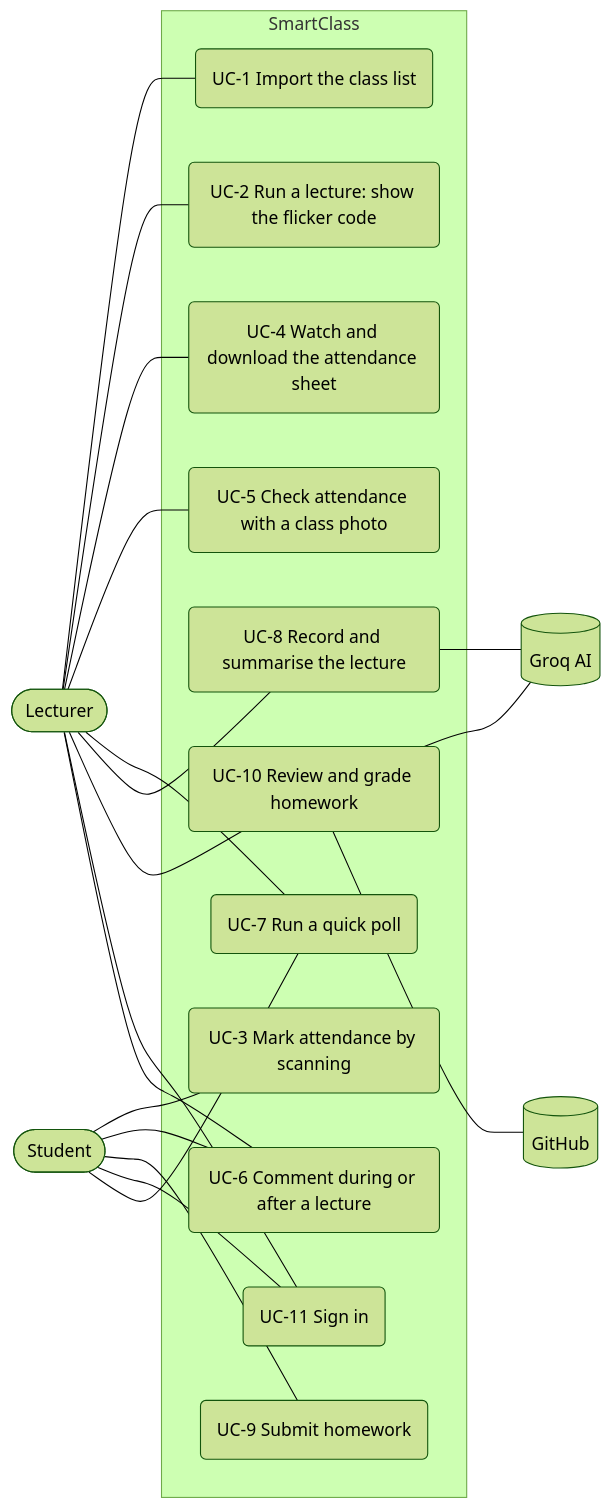
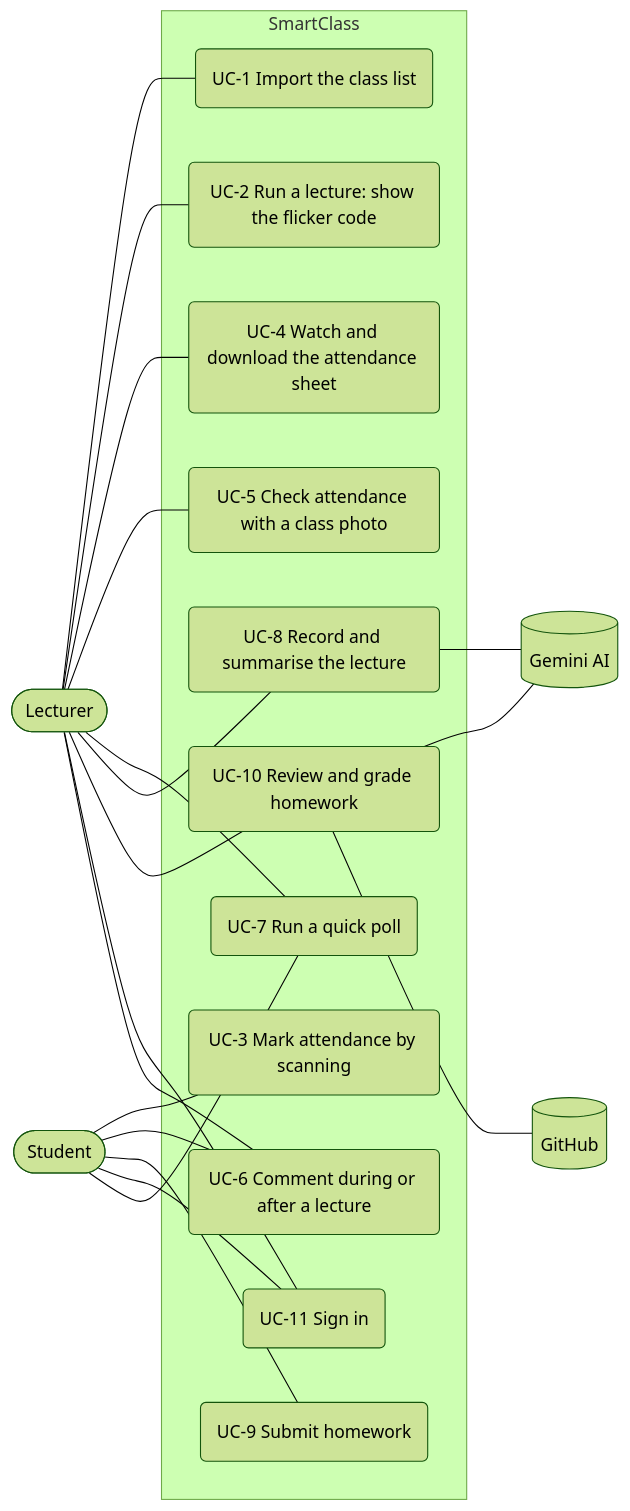
One commit to minion-dog/I2CS_Ex2-smart-class-demo changed the diagram in docs/04_USE_CASES.md. Above: the diagram before and after it, drawn with Mermaid (forest theme). The commit also changed other lines of this file and 38 other files, not shown here.

````diff
--- a/docs/04_USE_CASES.md
+++ b/docs/04_USE_CASES.md
@@ -5,27 +5,27 @@
 ```mermaid
 flowchart LR
     L([Lecturer])
     S([Student])
-    G[(Groq AI)]
+    G[(Gemini AI)]
     H[(GitHub)]
     subgraph SmartClass
         UC1(UC-1 Import the class list)
         UC2(UC-2 Run a lecture: show the flicker code)
         UC3(UC-3 Mark attendance by scanning)
         UC4(UC-4 Watch and download the attendance sheet)
         UC5(UC-5 Check attendance with a class photo)
         UC6(UC-6 Comment during or after a lecture)
         UC7(UC-7 Run a quick poll)
         UC8(UC-8 Record and summarise the lecture)
         UC9(UC-9 Submit homework)
         UC10(UC-10 Review and grade homework)
         UC11(UC-11 Sign in)
     end
     L --- UC1 & UC2 & UC4 & UC5 & UC7 & UC8 & UC10 & UC11
     S --- UC3 & UC6 & UC9 & UC11
     L --- UC6
     S --- UC7
     UC8 --- G
     UC10 --- G
     UC10 --- H
 ```
````
